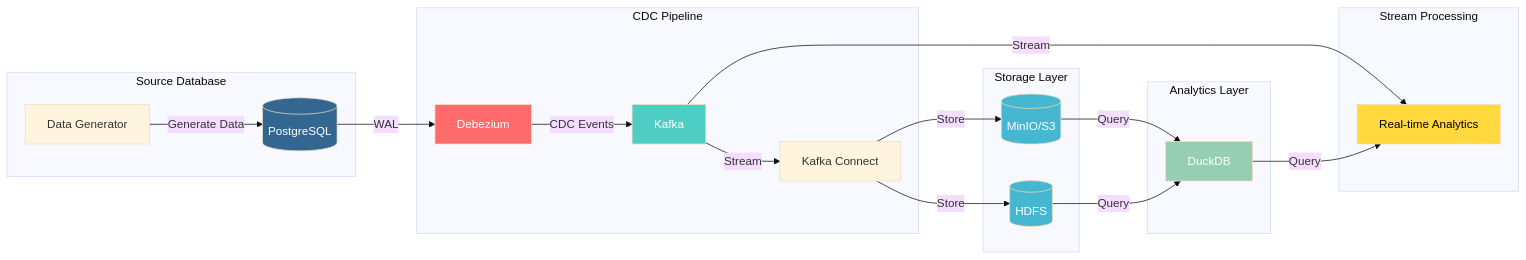
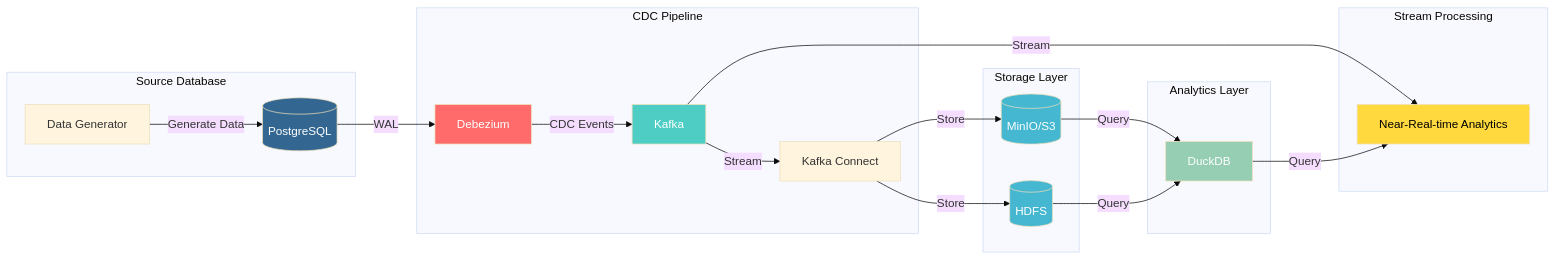
One commit to vengleab/near-realt-ime-anaytics changed the diagram in README.md. Above: the diagram before and after it, drawn with Mermaid (base theme). The commit also changed other lines of this file, not shown here.

````diff
--- a/README.md
+++ b/README.md
@@ -16,49 +16,49 @@
 ```mermaid
 graph LR
     subgraph "Source Database"
         PG[(PostgreSQL)]
         DG[Data Generator]
     end
 
     subgraph "CDC Pipeline"
         DBZ[Debezium]
         KF[Kafka]
         KFC[Kafka Connect]
     end
 
     subgraph "Storage Layer"
         MINIO[(MinIO/S3)]
         HDFS[(HDFS)]
     end
 
     subgraph "Analytics Layer"
         DUCK[DuckDB]
     end
 
 
     subgraph "Stream Processing"
-        RT[Real-time Analytics]
+        RT[Near-Real-time Analytics]
         style RT fill:#FFD93D,color:black
     end
 
     %% Data Flow
     PG -->|WAL| DBZ
     DG -->|Generate Data| PG
     DBZ -->|CDC Events| KF
     KF -->|Stream| KFC
     KF -->|Stream| RT
     KFC -->|Store| MINIO
     KFC -->|Store| HDFS
     MINIO -->|Query| DUCK
     HDFS -->|Query| DUCK
     DUCK -->|Query| RT
 
     %% Styling
     style PG fill:#336791,color:white
     style DBZ fill:#FF6B6B,color:white
     style KF fill:#4ECDC4,color:white
     style MINIO fill:#45B7D1,color:white
     style HDFS fill:#45B7D1,color:white
     style DUCK fill:#96CEB4,color:white
 
 ```
````
